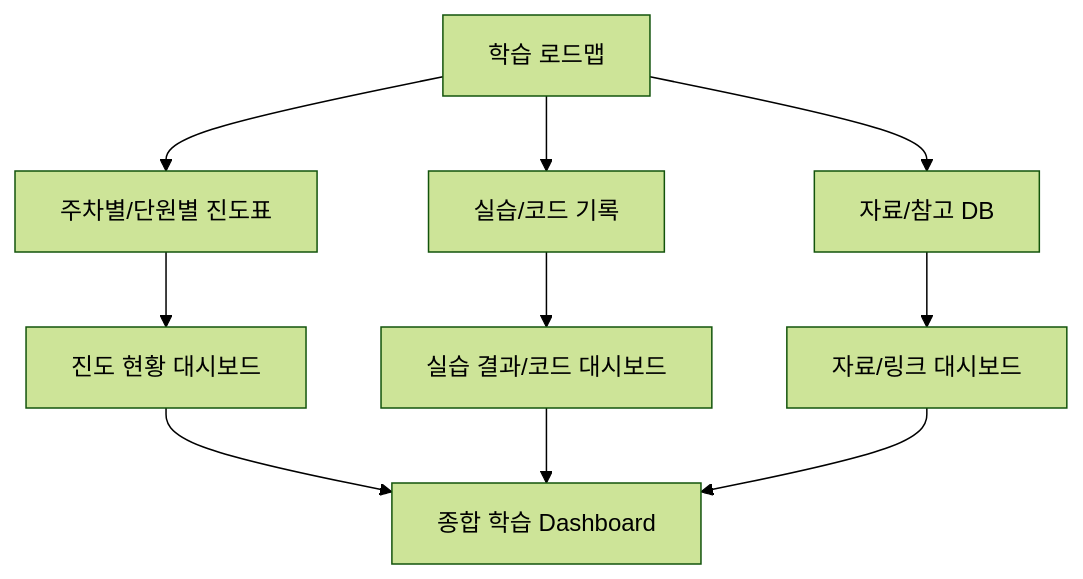
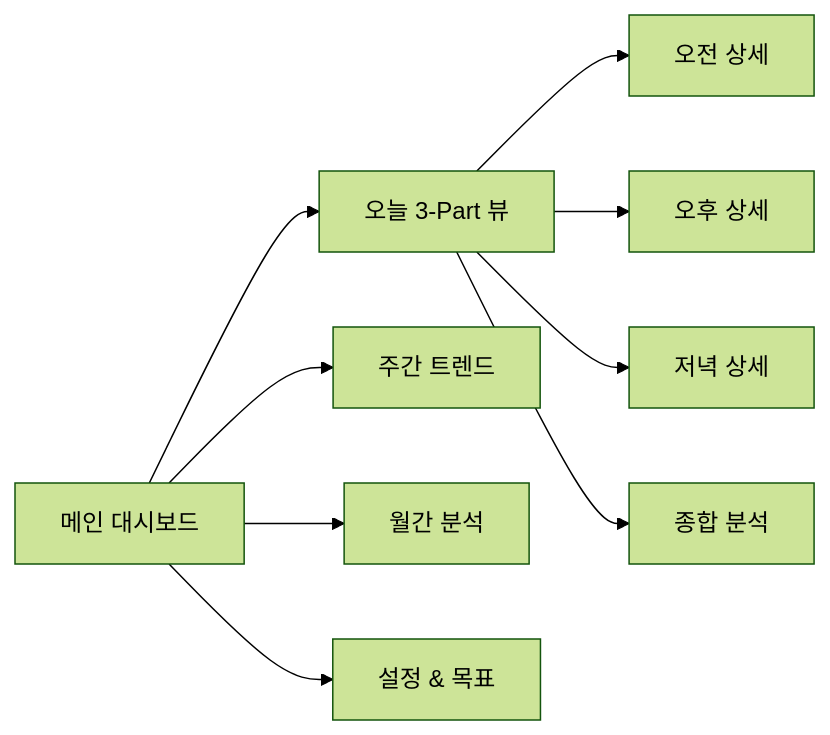
Before and after one commit to positivemultiplier/LG_DX_SCHOOL: the fourth of 4 diagrams in README.md, drawn with Mermaid (forest theme). The commit also changed other lines of this file, not shown here.

Commit message:
docs: 3-Part Daily Reflection Dashboard 중심으로 README.md 전면 개정 및 시각화 강화

````diff
--- a/README.md
+++ b/README.md
@@ -81,13 +55,11 @@
 ```mermaid
-flowchart TD
-    A[학습 로드맵] --> B[주차별/단원별 진도표]
-    A --> C[실습/코드 기록]
-    A --> D[자료/참고 DB]
-    B --> E[진도 현황 대시보드]
-    C --> F[실습 결과/코드 대시보드]
-    D --> G[자료/링크 대시보드]
-    E --> H[종합 학습 Dashboard]
-    F --> H
-    G --> H
-
+flowchart LR
+    A[메인 대시보드] --> B[오늘 3-Part 뷰]
+    A --> C[주간 트렌드]
+    A --> D[월간 분석]
+    A --> E[설정 & 목표]
+    B --> B1[오전 상세]
+    B --> B2[오후 상세]
+    B --> B3[저녁 상세]
+    B --> B4[종합 분석]
 ```
````
